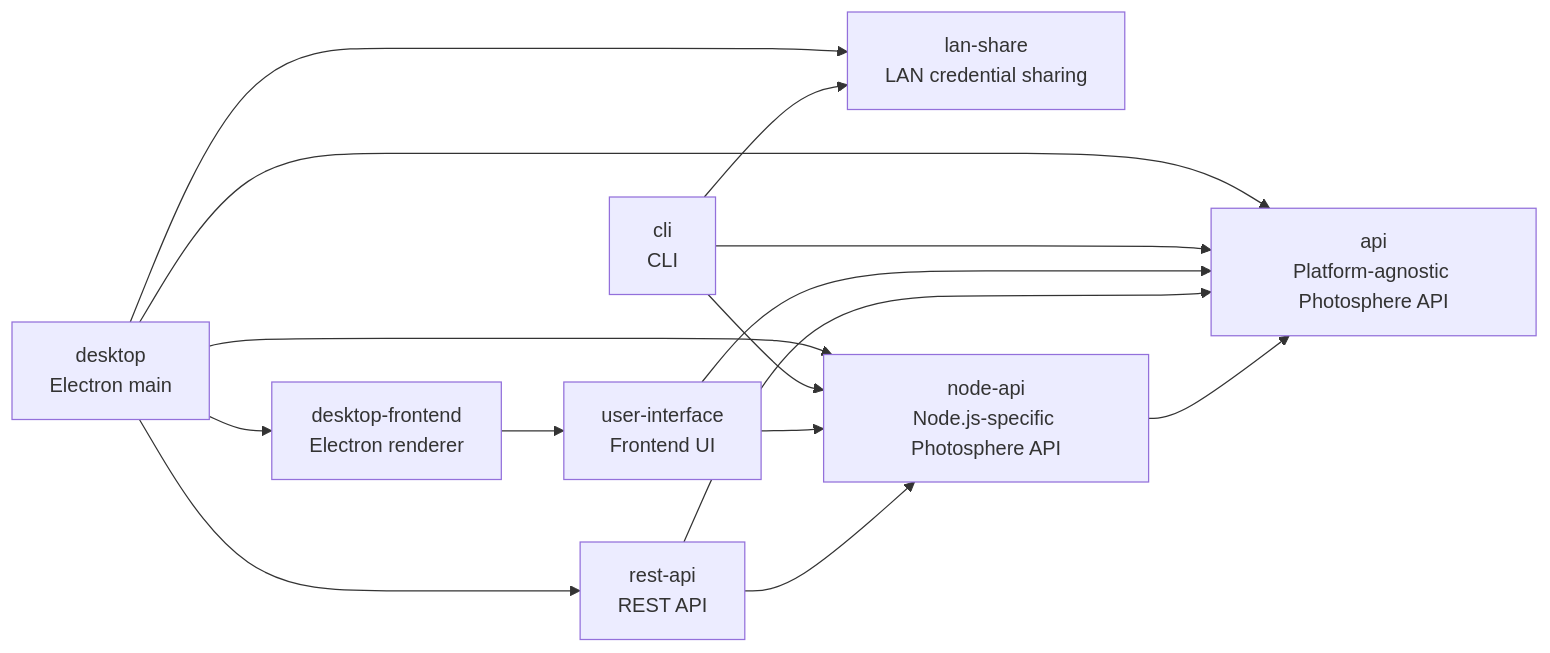
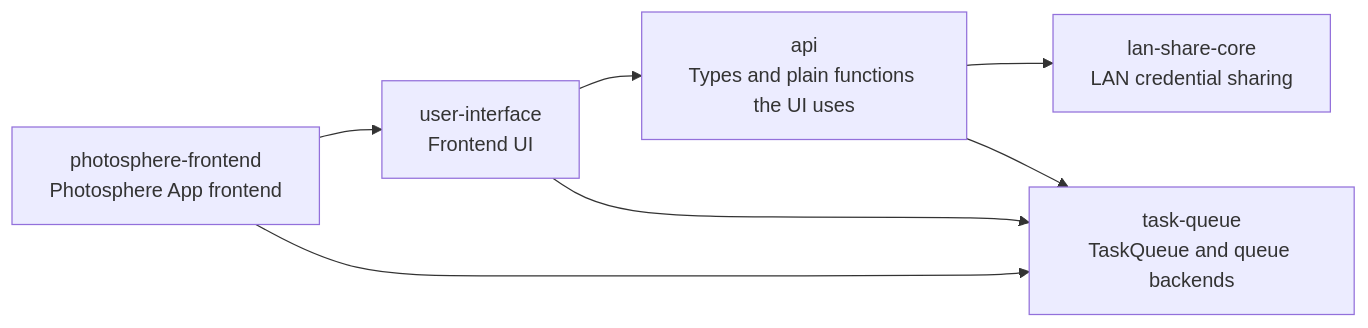
Before and after one commit to ashleydavis/photosphere: the diagram in docs/dependencies.md, drawn with Mermaid. The commit also changed 1674 other files, not shown here.

````diff
--- a/docs/dependencies.md
+++ b/docs/dependencies.md
@@ -3,18 +3,12 @@
 ```mermaid
 flowchart LR
-    lanshare["lan-share<br/>LAN credential sharing"]
-    api["api<br/>Platform-agnostic Photosphere API"]
-    nodeapi["node-api<br/>Node.js-specific Photosphere API"]
-    restapi["rest-api<br/>REST API"]
+    lanshare["lan-share-core<br/>LAN credential sharing"]
+    taskqueue["task-queue<br/>TaskQueue and queue backends"]
+    api["api<br/>Types and plain functions the UI uses"]
     ui["user-interface<br/>Frontend UI"]
-    cli["cli<br/>CLI"]
-    desktop["desktop<br/>Electron main"]
-    desktopfe["desktop-frontend<br/>Electron renderer"]
+    frontend["photosphere-frontend<br/>Photosphere App frontend"]
 
-    nodeapi --> api
-    restapi --> api & nodeapi
-    ui --> api & nodeapi
-    cli --> api & nodeapi & lanshare
-    desktop --> api & nodeapi & lanshare & restapi & desktopfe
-    desktopfe --> ui
+    api --> lanshare & taskqueue
+    ui --> api & taskqueue
+    frontend --> ui & taskqueue
 ```
````
